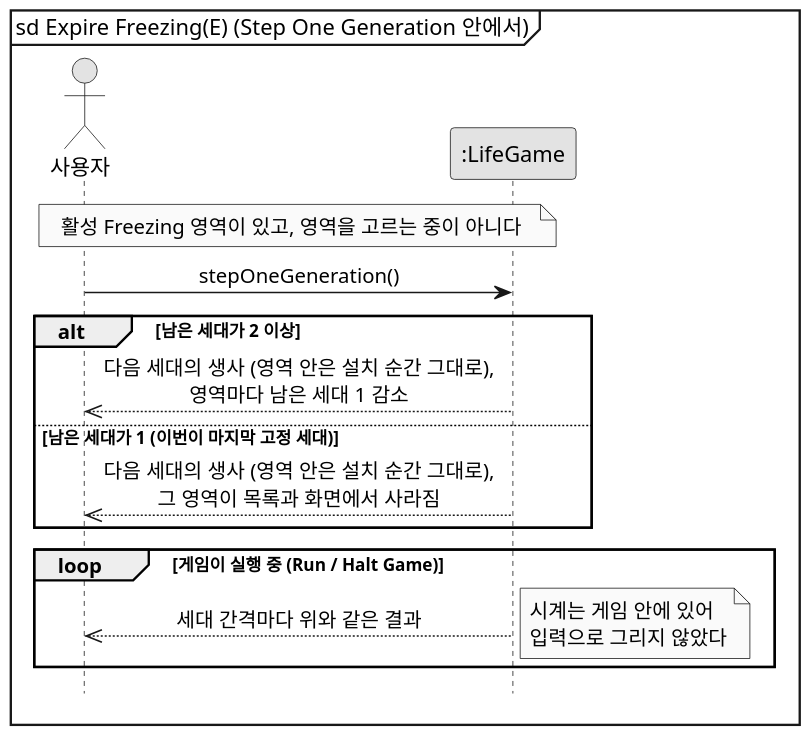
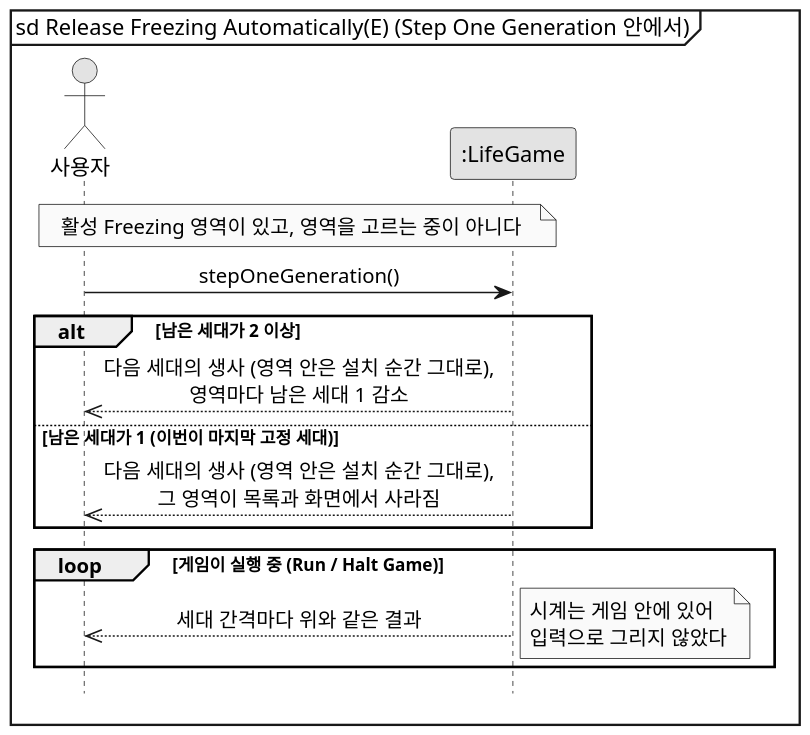
The diagram in docs/freezing/diagram/ssd-auto-release.puml (mckimR1972/DP_team_project), drawn with PlantUML before and after one commit. The commit also changed 8 other files, not shown here.

First line of the commit message:
docs: 자동 해제 유스케이스 이름을 Release Freezing Automatically(E)로 바꿈

```diff
--- a/docs/freezing/diagram/ssd-auto-release.puml
+++ b/docs/freezing/diagram/ssd-auto-release.puml
@@ -1,26 +1,26 @@
 @startuml ssd-auto-release
 skinparam monochrome true
 skinparam dpi 150
 skinparam shadowing false
 skinparam defaultFontName "Malgun Gothic"
 skinparam sequenceMessageAlign center
 hide footbox
-mainframe sd Expire Freezing(E) (Step One Generation 안에서)
+mainframe sd Release Freezing Automatically(E) (Step One Generation 안에서)
 
 actor "사용자" as User
 participant ":LifeGame" as System
 
 note over User, System : 활성 Freezing 영역이 있고, 영역을 고르는 중이 아니다
 
 User -> System : stepOneGeneration()
 alt 남은 세대가 2 이상
   System -->> User : 다음 세대의 생사 (영역 안은 설치 순간 그대로),\n영역마다 남은 세대 1 감소
 else 남은 세대가 1 (이번이 마지막 고정 세대)
   System -->> User : 다음 세대의 생사 (영역 안은 설치 순간 그대로),\n그 영역이 목록과 화면에서 사라짐
 end
 
 loop 게임이 실행 중 (Run / Halt Game)
   System -->> User : 세대 간격마다 위와 같은 결과
   note right : 시계는 게임 안에 있어\n입력으로 그리지 않았다
 end
 @enduml
```
